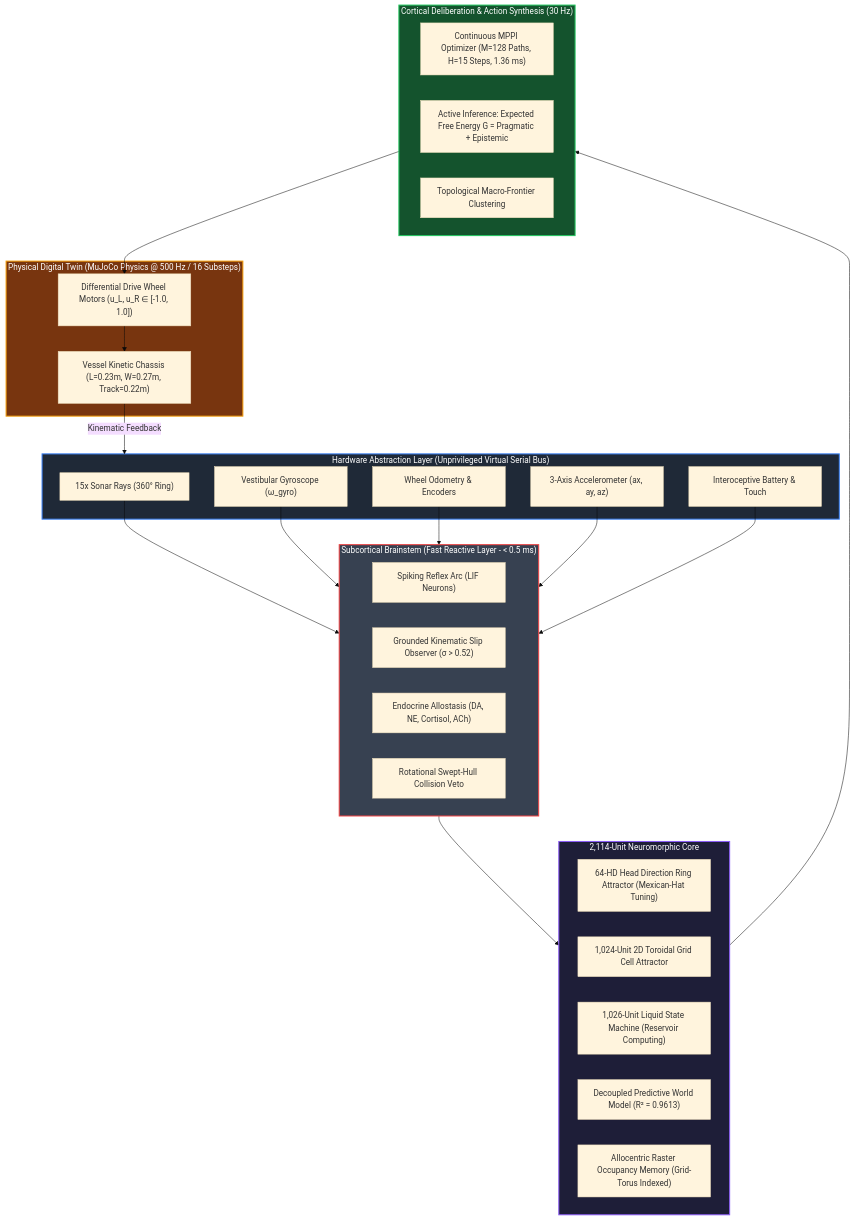
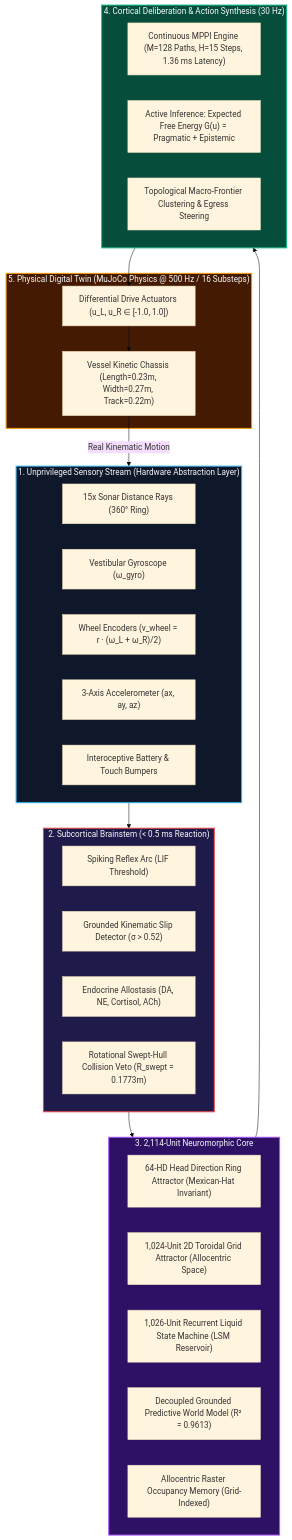
The first of 2 diagrams in README.md (Manassadashiv/EBCA), drawn with Mermaid (base theme) before and after one commit. The commit also changed other lines of this file and 3 other files, not shown here.

````diff
--- a/README.md
+++ b/README.md
@@ -41,56 +63,55 @@
 ```mermaid
 graph TD
-    subgraph SENSORY_HAL ["Hardware Abstraction Layer (Unprivileged Virtual Serial Bus)"]
-        S_Sonar["15x Sonar Rays (360° Ring)"]
+    subgraph SENSORY_LAYER ["1. Unprivileged Sensory Stream (Hardware Abstraction Layer)"]
+        S_Sonar["15x Sonar Distance Rays (360° Ring)"]
         S_IMU["Vestibular Gyroscope (ω_gyro)"]
-        S_Enc["Wheel Odometry & Encoders"]
+        S_Enc["Wheel Encoders (v_wheel = r · (ω_L + ω_R)/2)"]
         S_Acc["3-Axis Accelerometer (ax, ay, az)"]
-        S_Int["Interoceptive Battery & Touch"]
+        S_Int["Interoceptive Battery & Touch Bumpers"]
     end
 
-    subgraph REFLEX_STEM ["Subcortical Brainstem (Fast Reactive Layer - < 0.5 ms)"]
-        R_Spike["Spiking Reflex Arc (LIF Neurons)"]
-        R_Slip["Grounded Kinematic Slip Observer (σ > 0.52)"]
+    subgraph REFLEX_STEM ["2. Subcortical Brainstem (< 0.5 ms Reaction)"]
+        R_Spike["Spiking Reflex Arc (LIF Threshold)"]
+        R_Slip["Grounded Kinematic Slip Detector (σ > 0.52)"]
         R_Endo["Endocrine Allostasis (DA, NE, Cortisol, ACh)"]
-        R_Veto["Rotational Swept-Hull Collision Veto"]
+        R_Veto["Rotational Swept-Hull Collision Veto (R_swept = 0.1773m)"]
     end
 
-    subgraph NEUROMORPHIC_CORE ["2,114-Unit Neuromorphic Core"]
-        HD_Ring["64-HD Head Direction Ring Attractor (Mexican-Hat Tuning)"]
-        Grid_Torus["1,024-Unit 2D Toroidal Grid Cell Attractor"]
-        Reservoir["1,026-Unit Liquid State Machine (Reservoir Computing)"]
-        World_Model["Decoupled Predictive World Model (R² = 0.9613)"]
-        Occ_Mem["Allocentric Raster Occupancy Memory (Grid-Torus Indexed)"]
+    subgraph NEUROMORPHIC_CORE ["3. 2,114-Unit Neuromorphic Core"]
+        HD_Ring["64-HD Head Direction Ring Attractor (Mexican-Hat Invariant)"]
+        Grid_Torus["1,024-Unit 2D Toroidal Grid Attractor (Allocentric Space)"]
+        Reservoir["1,026-Unit Recurrent Liquid State Machine (LSM Reservoir)"]
+        World_Model["Decoupled Grounded Predictive World Model (R² = 0.9613)"]
+        Occ_Mem["Allocentric Raster Occupancy Memory (Grid-Indexed)"]
     end
 
-    subgraph DELIBERATION_ENGINE ["Cortical Deliberation & Action Synthesis (30 Hz)"]
-        MPPI["Continuous MPPI Optimizer (M=128 Paths, H=15 Steps, 1.36 ms)"]
-        Active_Inf["Active Inference: Expected Free Energy G = Pragmatic + Epistemic"]
-        Top_Frontier["Topological Macro-Frontier Clustering"]
+    subgraph DELIBERATION ["4. Cortical Deliberation & Action Synthesis (30 Hz)"]
+        MPPI["Continuous MPPI Engine (M=128 Paths, H=15 Steps, 1.36 ms Latency)"]
+        Active_Inf["Active Inference: Expected Free Energy G(u) = Pragmatic + Epistemic"]
+        Top_Frontier["Topological Macro-Frontier Clustering & Egress Steering"]
     end
 
-    subgraph ACTUATION ["Physical Digital Twin (MuJoCo Physics @ 500 Hz / 16 Substeps)"]
-        Motors["Differential Drive Wheel Motors (u_L, u_R ∈ [-1.0, 1.0])"]
-        Chassis["Vessel Kinetic Chassis (L=0.23m, W=0.27m, Track=0.22m)"]
+    subgraph ACTUATION ["5. Physical Digital Twin (MuJoCo Physics @ 500 Hz / 16 Substeps)"]
+        Motors["Differential Drive Actuators (u_L, u_R ∈ [-1.0, 1.0])"]
+        Chassis["Vessel Kinetic Chassis (Length=0.23m, Width=0.27m, Track=0.22m)"]
     end
 
-    %% Wiring
-    S_Sonar & S_IMU & S_Enc & S_Acc & S_Int --> REFLEX_STEM
+    SENSORY_LAYER --> REFLEX_STEM
     REFLEX_STEM --> NEUROMORPHIC_CORE
-    NEUROMORPHIC_CORE --> DELIBERATION_ENGINE
-    DELIBERATION_ENGINE --> Motors
+    NEUROMORPHIC_CORE --> DELIBERATION
+    DELIBERATION --> Motors
     Motors --> Chassis
-    Chassis -->|Kinematic Feedback| SENSORY_HAL
+    Chassis -->|Real Kinematic Motion| SENSORY_LAYER
 
-    classDef hal fill:#1f2937,stroke:#3b82f6,stroke-width:2px,color:#fff;
-    classDef reflex fill:#374151,stroke:#ef4444,stroke-width:2px,color:#fff;
-    classDef neuro fill:#1e1e38,stroke:#8b5cf6,stroke-width:2px,color:#fff;
-    classDef delib fill:#14532d,stroke:#22c55e,stroke-width:2px,color:#fff;
-    classDef act fill:#78350f,stroke:#f59e0b,stroke-width:2px,color:#fff;
+    classDef hal fill:#0f172a,stroke:#38bdf8,stroke-width:2px,color:#f8fafc;
+    classDef reflex fill:#1e1b4b,stroke:#ef4444,stroke-width:2px,color:#f8fafc;
+    classDef neuro fill:#2e1065,stroke:#a855f7,stroke-width:2px,color:#f8fafc;
+    classDef delib fill:#064e3b,stroke:#10b981,stroke-width:2px,color:#f8fafc;
+    classDef act fill:#451a03,stroke:#f59e0b,stroke-width:2px,color:#f8fafc;
 
-    class SENSORY_HAL hal;
+    class SENSORY_LAYER hal;
     class REFLEX_STEM reflex;
     class NEUROMORPHIC_CORE neuro;
-    class DELIBERATION_ENGINE delib;
+    class DELIBERATION delib;
     class ACTUATION act;
 ```
````
